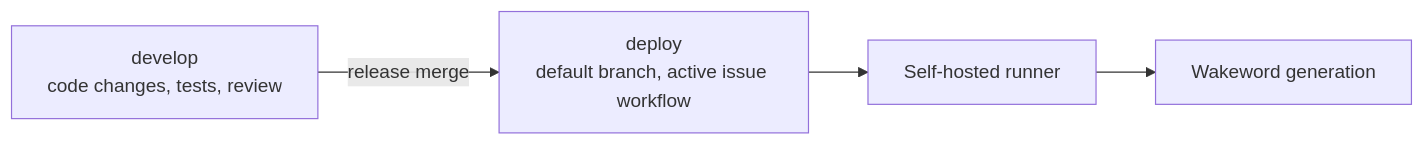
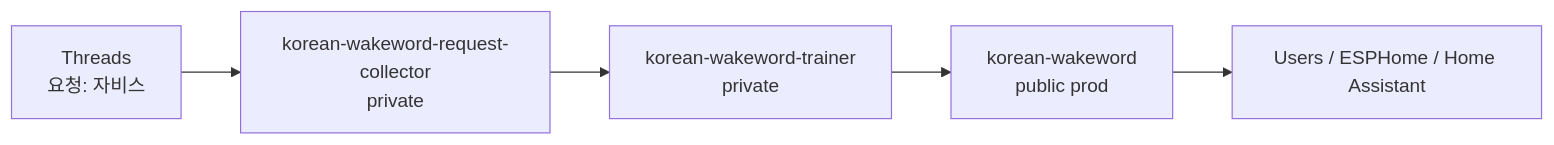
The first of 2 diagrams in docs/ARCHITECTURE.md (UnripePlum/korean-wakeword), drawn with Mermaid before and after one commit. The commit also changed other lines of this file and 8 other files, not shown here.

Commit message:
Convert repo to public prod catalog

````diff
--- a/docs/ARCHITECTURE.md
+++ b/docs/ARCHITECTURE.md
@@ -90,6 +11,7 @@
 ```mermaid
 flowchart LR
-    A["develop<br/>code changes, tests, review"] -->|"release merge"| B["deploy<br/>default branch, active issue workflow"]
-    B --> C["Self-hosted runner"]
-    C --> D["Wakeword generation"]
+    A["Threads<br/>요청: 자비스"] --> B["korean-wakeword-request-collector<br/>private"]
+    B --> C["korean-wakeword-trainer<br/>private"]
+    C --> D["korean-wakeword<br/>public prod"]
+    D --> E["Users / ESPHome / Home Assistant"]
 ```
````
